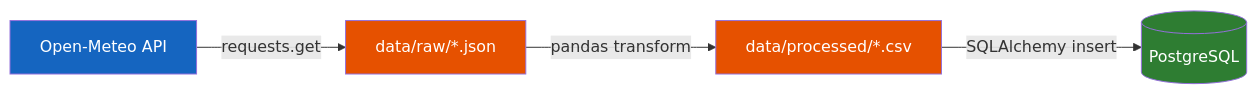
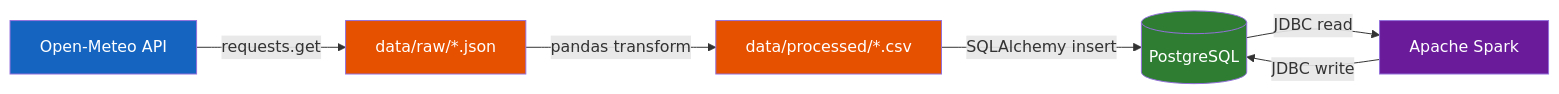
The second of 4 diagrams in README.md (Lukiano99/ETLProcessorProject), drawn with Mermaid before and after one commit. The commit also changed other lines of this file and 7 other files, not shown here.

First line of the commit message:
Add Apache Spark analytics layer

````diff
--- a/README.md
+++ b/README.md
@@ -31,11 +35,14 @@
 ```mermaid
 graph LR
     A[Open-Meteo API] -->|requests.get| B[data/raw/*.json]
     B -->|pandas transform| C[data/processed/*.csv]
     C -->|SQLAlchemy insert| D[(PostgreSQL)]
+    D -->|JDBC read| E[Apache Spark]
+    E -->|JDBC write| D
 
     style A fill:#1565c0,color:#fff
     style B fill:#e65100,color:#fff
     style C fill:#e65100,color:#fff
     style D fill:#2e7d32,color:#fff
+    style E fill:#6a1b9a,color:#fff
 ```
````
